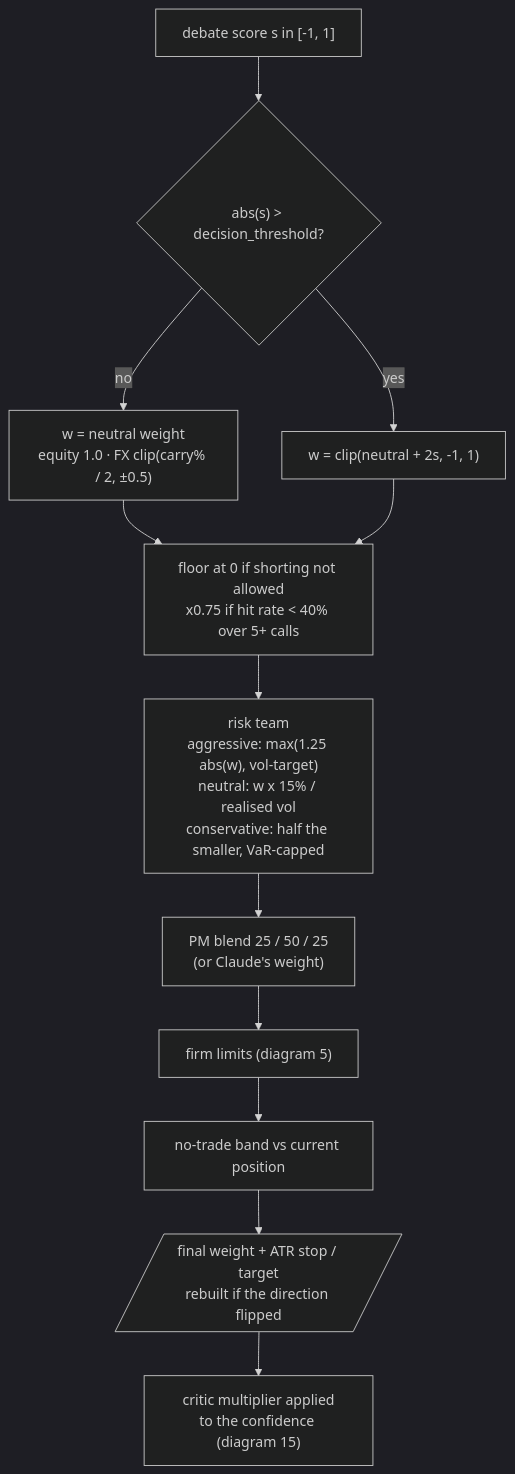
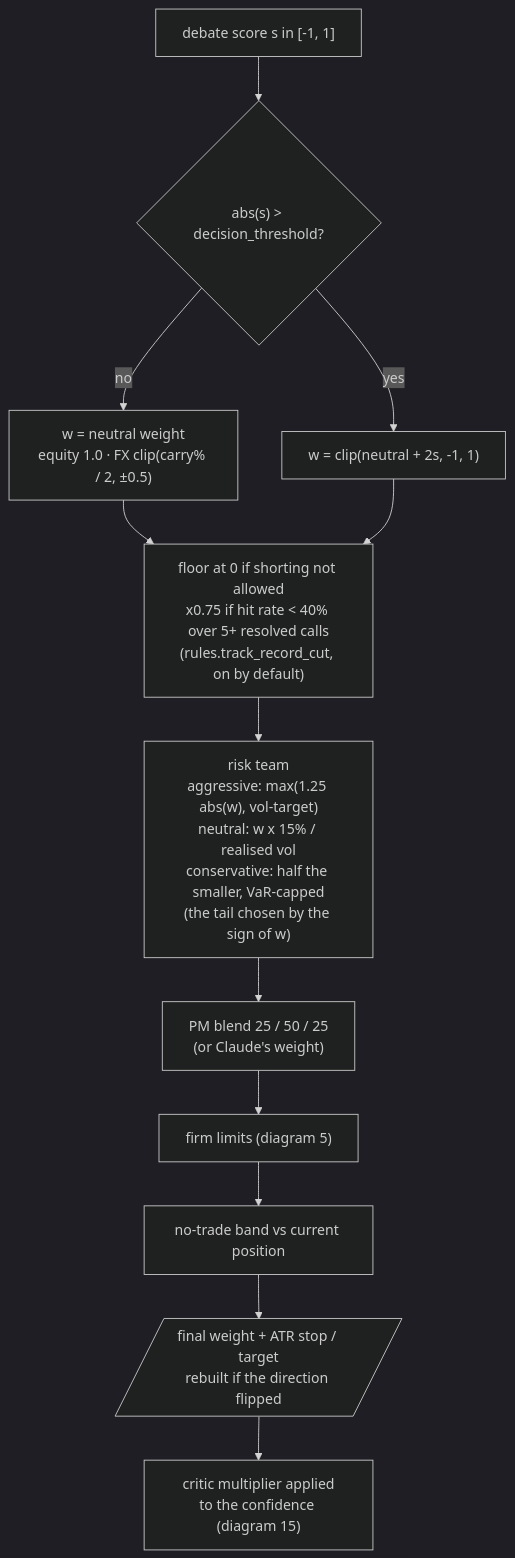
The fourth of 30 diagrams in docs/DIAGRAMS.md (AshJha0/agentic-trader), drawn with Mermaid (dark theme) before and after one commit. The commit also changed other lines of this file and 112 other files, not shown here.

````diff
--- a/docs/DIAGRAMS.md
+++ b/docs/DIAGRAMS.md
@@ -173,14 +178,14 @@
 ```mermaid
 flowchart TD
     SC["debate score s in [-1, 1]"] --> TH{"abs(s) > decision_threshold?"}
     TH -- no --> NW["w = neutral weight<br/>equity 1.0 · FX clip(carry% / 2, ±0.5)"]
     TH -- yes --> TL["w = clip(neutral + 2s, -1, 1)"]
-    NW --> SH["floor at 0 if shorting not allowed<br/>x0.75 if hit rate < 40% over 5+ calls"]
+    NW --> SH["floor at 0 if shorting not allowed<br/>x0.75 if hit rate < 40% over 5+ resolved calls<br/>(rules.track_record_cut, on by default)"]
     TL --> SH
-    SH --> RV["risk team<br/>aggressive: max(1.25 abs(w), vol-target)<br/>neutral: w x 15% / realised vol<br/>conservative: half the smaller, VaR-capped"]
+    SH --> RV["risk team<br/>aggressive: max(1.25 abs(w), vol-target)<br/>neutral: w x 15% / realised vol<br/>conservative: half the smaller, VaR-capped<br/>(the tail chosen by the sign of w)"]
     RV --> BL["PM blend 25 / 50 / 25<br/>(or Claude's weight)"]
     BL --> LIM["firm limits (diagram 5)"]
     LIM --> BD["no-trade band vs current position"]
     BD --> FIN[/"final weight + ATR stop / target<br/>rebuilt if the direction flipped"/]
     FIN --> CR["critic multiplier applied<br/>to the confidence (diagram 15)"]
 ```
````
